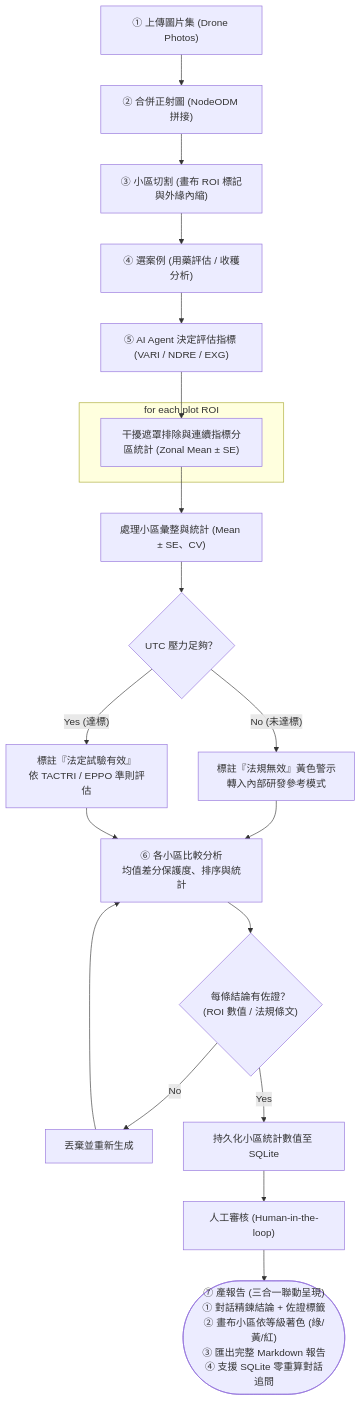
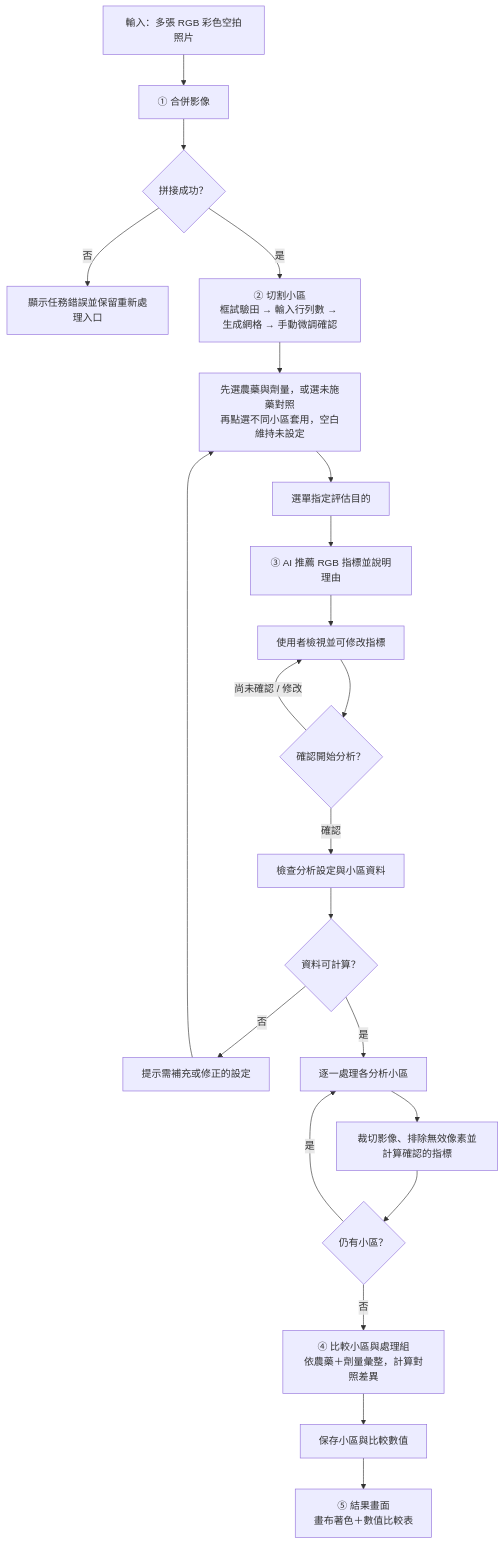
Before and after one commit to ChengLiangHsu/AI-InfoSec-Fianl-Project: the second of 2 diagrams in docs/proposal/05_proposed_scheme.md, drawn with Mermaid. The commit also changed other lines of this file and 2 other files, not shown here.

````diff
--- a/docs/proposal/05_proposed_scheme.md
+++ b/docs/proposal/05_proposed_scheme.md
@@ -79,30 +78,24 @@
 ```mermaid
 flowchart TD
-    S1["① 上傳圖片集 (Drone Photos)"] --> S2["② 合併正射圖 (NodeODM 拼接)"]
-    S2 --> S3["③ 小區切割 (畫布 ROI 標記與外緣內縮)"]
-    S3 --> S4["④ 選案例 (用藥評估 / 收穫分析)"]
-    S4 --> S5["⑤ AI Agent 決定評估指標 (VARI / NDRE / EXG)"]
-    
-    subgraph PlotLoop ["for each plot ROI"]
-        ProcPlot["干擾遮罩排除與連續指標分區統計 (Zonal Mean ± SE)"]
-    end
-    
-    S5 --> ProcPlot
-    ProcPlot --> Stat["處理小區彙整與統計 (Mean ± SE、CV)"]
-    
-    Stat --> CondUTC{"UTC 壓力足夠？"}
-    CondUTC -- No (未達標) --> WarnUTC["標註『法規無效』黃色警示<br>轉入內部研發參考模式"]
-    CondUTC -- Yes (達標) --> ValidUTC["標註『法定試驗有效』<br>依 TACTRI / EPPO 準則評估"]
-    
-    WarnUTC --> S6["⑥ 各小區比較分析<br>均值差分保護度、排序與統計"]
-    ValidUTC --> S6
-    
-    S6 --> CondEvidence{"每條結論有佐證？<br>(ROI 數值 / 法規條文)"}
-    
-    CondEvidence -- No --> Drop["丟棄並重新生成"]
-    Drop --> S6
-    
-    CondEvidence -- Yes --> SaveDB["持久化小區統計數值至 SQLite"]
-    SaveDB --> Human["人工審核 (Human-in-the-loop)"]
-    Human --> S7(["⑦ 產報告 (三合一聯動呈現)<br>① 對話精鍊結論 + 佐證標籤<br>② 畫布小區依等級著色 (綠/黃/紅)<br>③ 匯出完整 Markdown 報告<br>④ 支援 SQLite 零重算對話追問"])
+    INPUT["輸入：多張 RGB 彩色空拍照片"] --> S1["① 合併影像"]
+    S1 --> READY{"拼接成功？"}
+    READY -- 否 --> ERROR["顯示任務錯誤並保留重新處理入口"]
+    READY -- 是 --> S2["② 切割小區<br/>框試驗田 → 輸入行列數 → 生成網格 → 手動微調確認"]
+    S2 --> ASSIGN["先選農藥與劑量，或選未施藥對照<br/>再點選不同小區套用，空白維持未設定"]
+    ASSIGN --> PURPOSE["選單指定評估目的"]
+    PURPOSE --> S3["③ AI 推薦 RGB 指標並說明理由"]
+    S3 --> EDIT["使用者檢視並可修改指標"]
+    EDIT --> CONFIRM{"確認開始分析？"}
+    CONFIRM -- 尚未確認 / 修改 --> EDIT
+    CONFIRM -- 確認 --> CHECK["檢查分析設定與小區資料"]
+    CHECK --> VALID{"資料可計算？"}
+    VALID -- 否 --> FIX["提示需補充或修正的設定"]
+    FIX --> ASSIGN
+    VALID -- 是 --> EACH["逐一處理各分析小區"]
+    EACH --> METRICS["裁切影像、排除無效像素並計算確認的指標"]
+    METRICS --> MORE{"仍有小區？"}
+    MORE -- 是 --> EACH
+    MORE -- 否 --> COMPARE["④ 比較小區與處理組<br/>依農藥＋劑量彙整，計算對照差異"]
+    COMPARE --> SAVE["保存小區與比較數值"]
+    SAVE --> VIEW["⑤ 結果畫面<br/>畫布著色＋數值比較表"]
 ```
````
